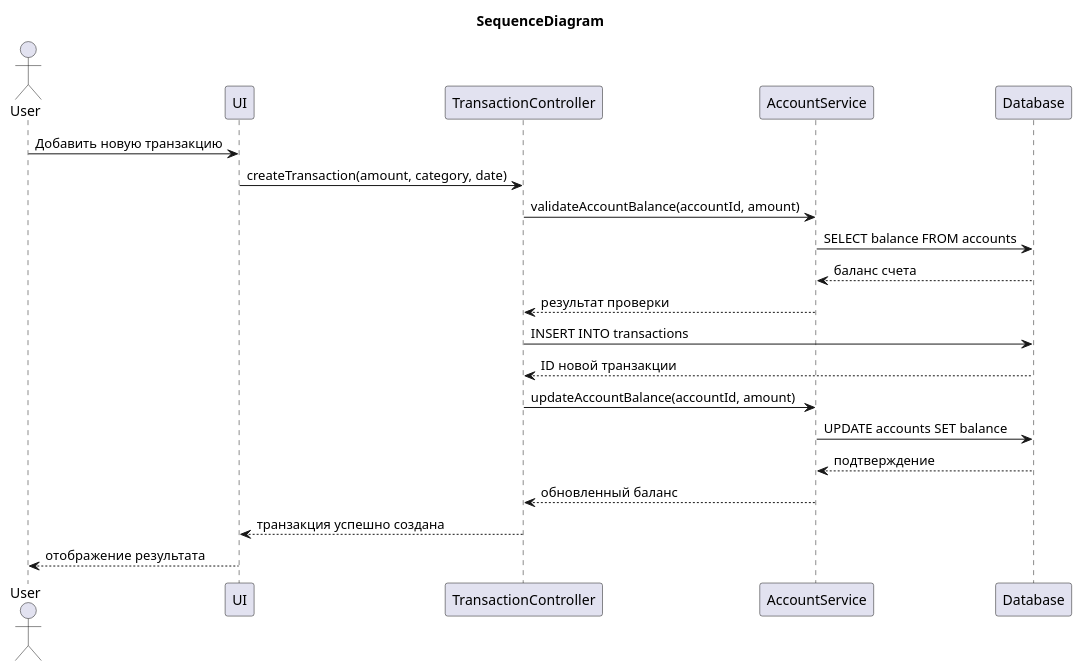
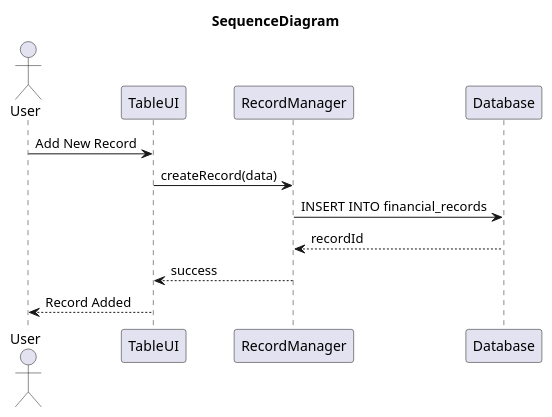
One commit to lain1r/332-21-fofanov changed the diagram in мдк 04 02 проект 10/SequenceDiagram.puml. Above: the diagram before and after it, drawn with PlantUML. The commit also changed 6 other files, not shown here.

```diff
--- a/мдк 04 02 проект 10/SequenceDiagram.puml
+++ b/мдк 04 02 проект 10/SequenceDiagram.puml
@@ -1,24 +1,15 @@
 @startuml
 title SequenceDiagram
 
 actor User
-participant "UI" as UI
-participant "TransactionController" as TC
-participant "AccountService" as AS
+participant "TableUI" as UI
+participant "RecordManager" as RM
 participant "Database" as DB
 
-User -> UI: Добавить новую транзакцию
-UI -> TC: createTransaction(amount, category, date)
-TC -> AS: validateAccountBalance(accountId, amount)
-AS -> DB: SELECT balance FROM accounts
-DB --> AS: баланс счета
-AS --> TC: результат проверки
-TC -> DB: INSERT INTO transactions
-DB --> TC: ID новой транзакции
-TC -> AS: updateAccountBalance(accountId, amount)
-AS -> DB: UPDATE accounts SET balance
-DB --> AS: подтверждение
-AS --> TC: обновленный баланс
-TC --> UI: транзакция успешно создана
-UI --> User: отображение результата
+User -> UI: Add New Record
+UI -> RM: createRecord(data)
+RM -> DB: INSERT INTO financial_records
+DB --> RM: recordId
+RM --> UI: success
+UI --> User: Record Added
 @enduml
```
